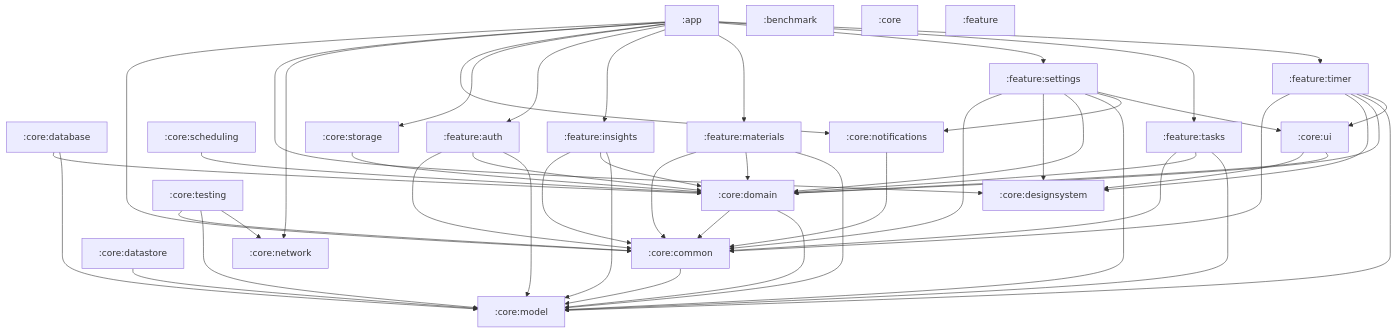
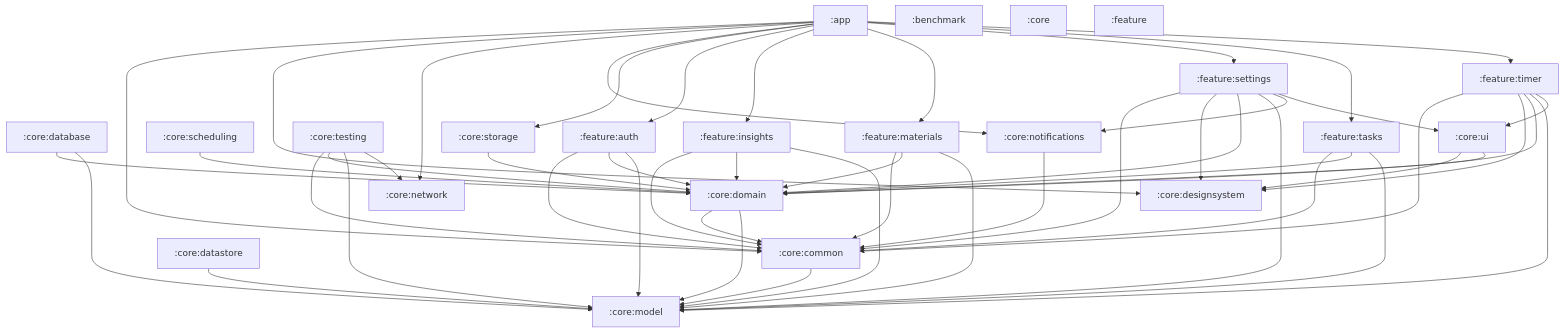
The diagram in docs/module-graph.md (konarsubhojit/study-app), drawn with Mermaid before and after one commit. The commit also changed 31 other files, not shown here.

````diff
--- a/docs/module-graph.md
+++ b/docs/module-graph.md
@@ -8,73 +8,74 @@
 ```mermaid
 graph TD
     app[":app"]
     benchmark[":benchmark"]
     core[":core"]
     core_common[":core:common"]
     core_database[":core:database"]
     core_datastore[":core:datastore"]
     core_designsystem[":core:designsystem"]
     core_domain[":core:domain"]
     core_model[":core:model"]
     core_network[":core:network"]
     core_notifications[":core:notifications"]
     core_scheduling[":core:scheduling"]
     core_storage[":core:storage"]
     core_testing[":core:testing"]
     core_ui[":core:ui"]
     feature[":feature"]
     feature_auth[":feature:auth"]
     feature_insights[":feature:insights"]
     feature_materials[":feature:materials"]
     feature_settings[":feature:settings"]
     feature_tasks[":feature:tasks"]
     feature_timer[":feature:timer"]
     app --> core_common
     app --> core_designsystem
     app --> core_network
     app --> core_notifications
     app --> core_storage
     app --> feature_auth
     app --> feature_insights
     app --> feature_materials
     app --> feature_settings
     app --> feature_tasks
     app --> feature_timer
     core_common --> core_model
     core_database --> core_domain
     core_database --> core_model
     core_datastore --> core_model
     core_domain --> core_common
     core_domain --> core_model
     core_notifications --> core_common
     core_scheduling --> core_domain
     core_storage --> core_domain
     core_testing --> core_common
+    core_testing --> core_domain
     core_testing --> core_model
     core_testing --> core_network
     core_ui --> core_designsystem
     core_ui --> core_domain
     feature_auth --> core_common
     feature_auth --> core_domain
     feature_auth --> core_model
     feature_insights --> core_common
     feature_insights --> core_domain
     feature_insights --> core_model
     feature_materials --> core_common
     feature_materials --> core_domain
     feature_materials --> core_model
     feature_settings --> core_common
     feature_settings --> core_designsystem
     feature_settings --> core_domain
     feature_settings --> core_model
     feature_settings --> core_notifications
     feature_settings --> core_ui
     feature_tasks --> core_common
     feature_tasks --> core_domain
     feature_tasks --> core_model
     feature_timer --> core_common
     feature_timer --> core_designsystem
     feature_timer --> core_domain
     feature_timer --> core_model
     feature_timer --> core_ui
 ```
````
